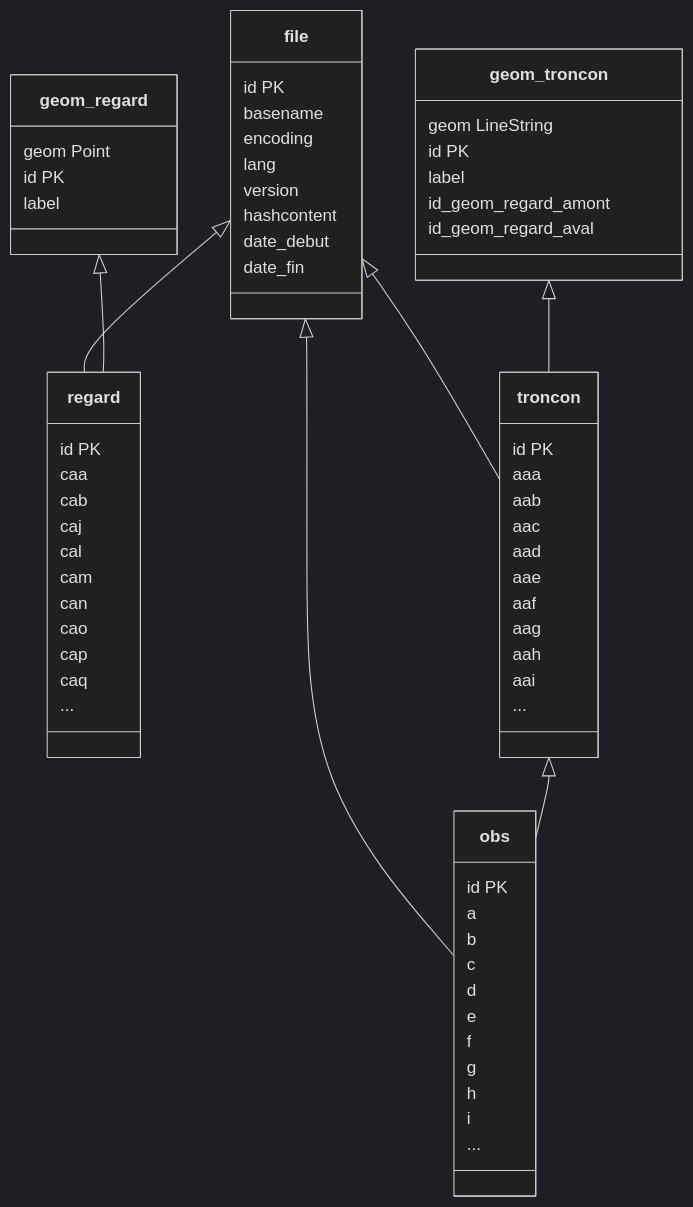
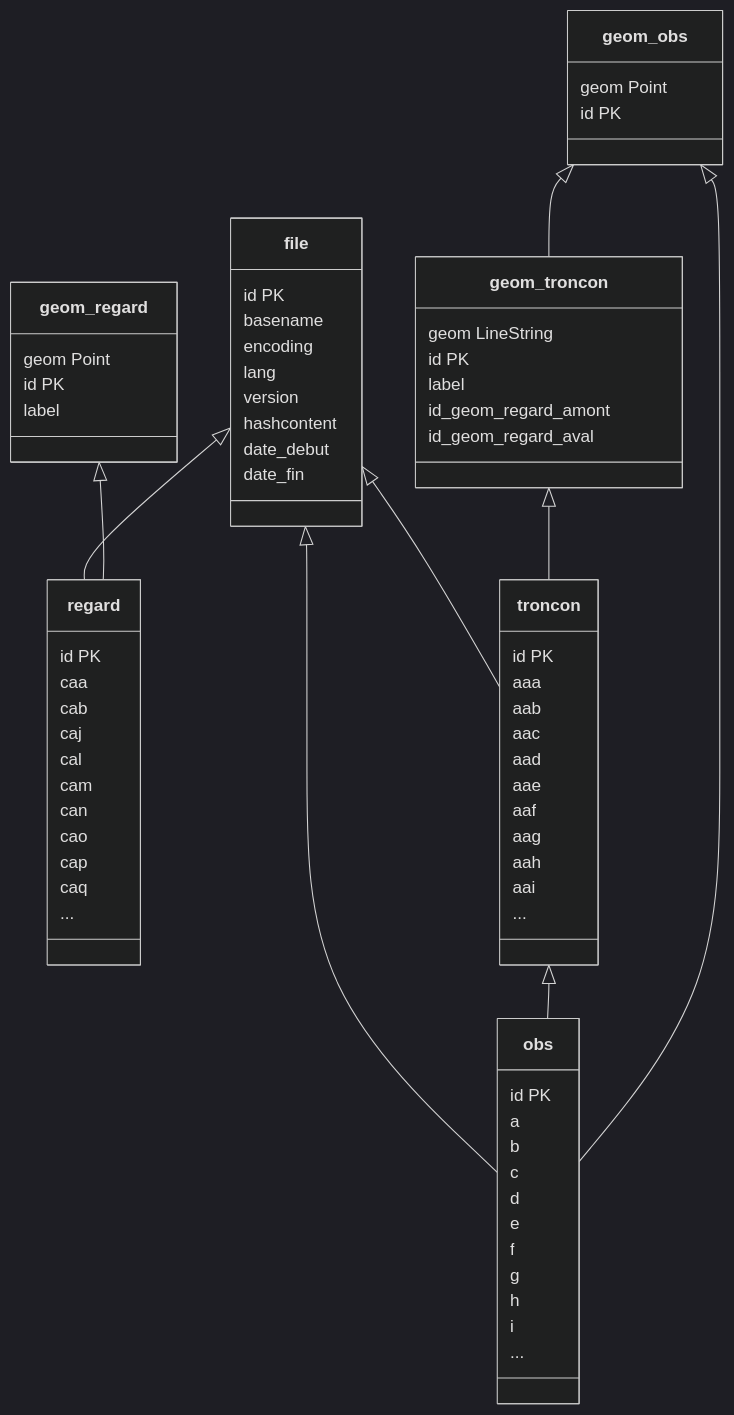
One commit to 3liz/qgis_drain_sewer_visual_inspection changed the diagram in docs/model.md. Above: the diagram before and after it, drawn with Mermaid (dark theme). The commit also changed 1 other file, not shown here.

Commit message:
Docs - Add manual geom_obs in the diagram

````diff
--- a/docs/model.md
+++ b/docs/model.md
@@ -15,65 +15,70 @@
 ```mermaid
 classDiagram
 geom_regard
 geom_troncon
 obs
 file
 troncon
+geom_obs
 regard
 view_regard_geolocalized
 file <|-- obs
 file <|-- regard
 file <|-- troncon
 troncon <|-- obs
 geom_regard <|-- regard
 geom_troncon <|-- troncon
 geom_regard : geom Point
 geom_regard : id PK
 geom_regard : label
 geom_troncon : geom LineString
 geom_troncon : id PK
 geom_troncon : label
 geom_troncon : id_geom_regard_amont
 geom_troncon : id_geom_regard_aval
+geom_obs <|-- geom_troncon
+geom_obs <|-- obs
 obs : id PK
 obs : a
 obs : b
 obs : c
 obs : d
 obs : e
 obs : f
 obs : g
 obs : h
 obs : i
 obs : ...
 file : id PK
 file : basename
 file : encoding
 file : lang
 file : version
 file : hashcontent
 file : date_debut
 file : date_fin
 troncon : id PK
 troncon : aaa
 troncon : aab
 troncon : aac
 troncon : aad
 troncon : aae
 troncon : aaf
 troncon : aag
 troncon : aah
 troncon : aai
 troncon : ...
+geom_obs : geom Point
+geom_obs : id PK
 regard : id PK
 regard : caa
 regard : cab
 regard : caj
 regard : cal
 regard : cam
 regard : can
 regard : cao
 regard : cap
 regard : caq
 regard : ...
 ```
````
